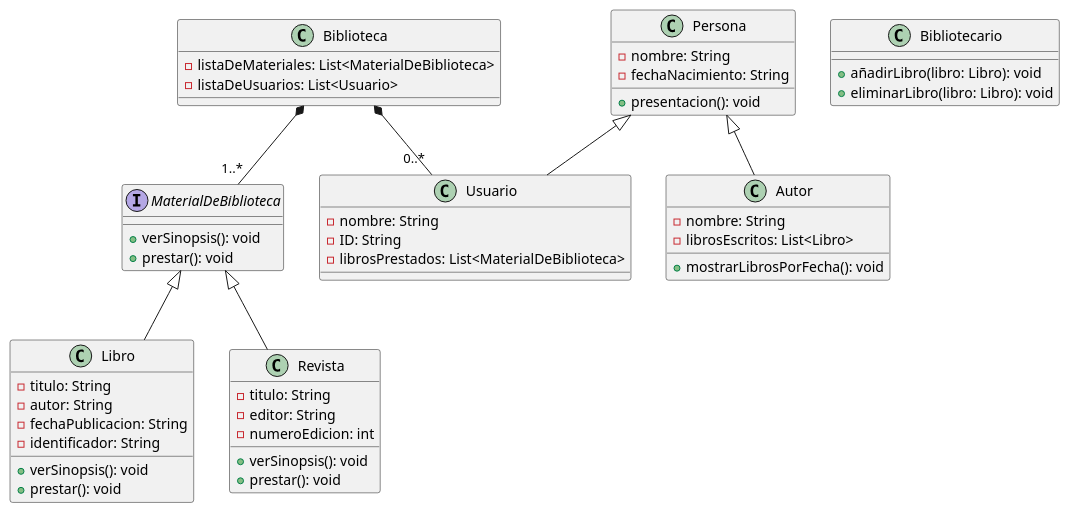
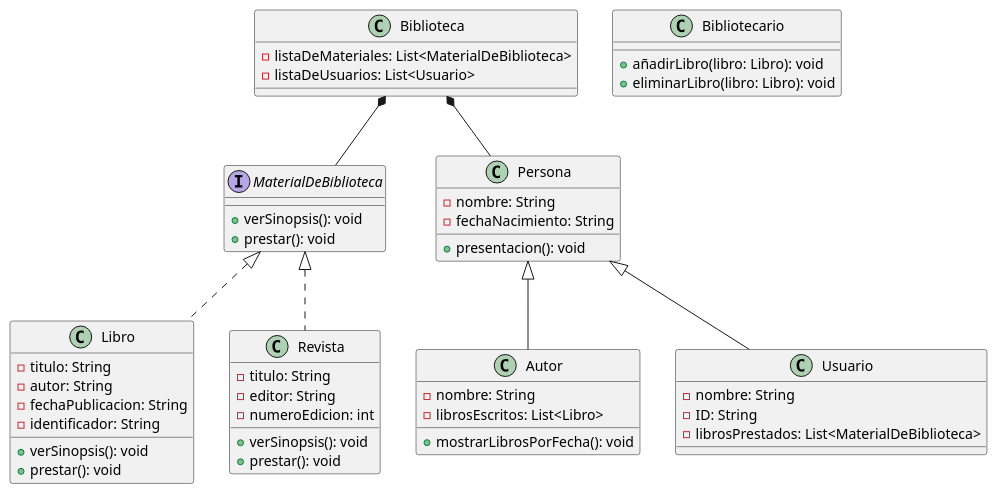
The diagram in Diagrama/DiagramaClases.pu (Kelvinbex2/ejercicio3), drawn with PlantUML before and after one commit. The commit also changed 4 other files, not shown here.

```diff
--- a/Diagrama/DiagramaClases.pu
+++ b/Diagrama/DiagramaClases.pu
@@ -1,61 +1,60 @@
 @startuml actor
 
 interface MaterialDeBiblioteca {
     +verSinopsis(): void
     +prestar(): void
 }
 
-class Libro {
+class Libro implements MaterialDeBiblioteca {
     - titulo: String
     - autor: String
     - fechaPublicacion: String
     - identificador: String
     +verSinopsis(): void
     +prestar(): void
 }
 
-class Revista {
+class Revista implements MaterialDeBiblioteca{
     - titulo: String
     - editor: String
     - numeroEdicion: int
     +verSinopsis(): void
     +prestar(): void
 }
 
 class Persona {
     - nombre: String
     - fechaNacimiento: String
     +presentacion(): void
 }
 
 class Autor {
     - nombre: String
     - librosEscritos: List<Libro>
     +mostrarLibrosPorFecha(): void
 }
 
 class Usuario {
     - nombre: String
     - ID: String
     - librosPrestados: List<MaterialDeBiblioteca>
 }
 
 class Bibliotecario {
     +añadirLibro(libro: Libro): void
     +eliminarLibro(libro: Libro): void
 }
 
 class Biblioteca {
     - listaDeMateriales: List<MaterialDeBiblioteca>
     - listaDeUsuarios: List<Usuario>
 }
 
-MaterialDeBiblioteca <|-- Libro
-MaterialDeBiblioteca <|-- Revista
+
 Persona <|-- Usuario
 Persona <|-- Autor
 
-Biblioteca *-- "1..*" MaterialDeBiblioteca
-Biblioteca *-- "0..*" Usuario
+Biblioteca *--  MaterialDeBiblioteca
+Biblioteca *--  Persona
 
 @enduml
```
